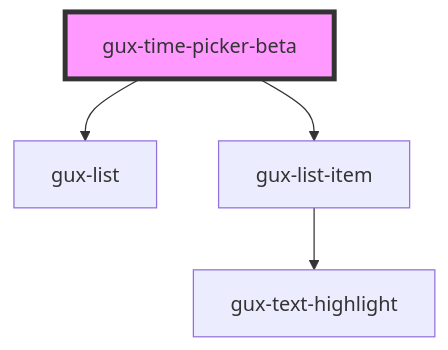
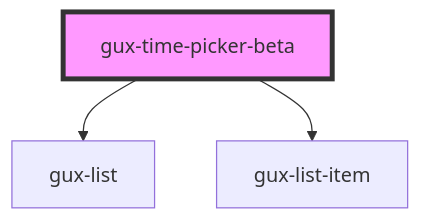
Before and after one commit to MyPureCloud/genesys-spark: the diagram in src/components/beta/gux-time-picker/readme.md, drawn with Mermaid. The commit also changed other lines of this file and 134 other files, not shown here.

````diff
--- a/src/components/beta/gux-time-picker/readme.md
+++ b/src/components/beta/gux-time-picker/readme.md
@@ -39,7 +32,6 @@
 ```mermaid
 graph TD;
   gux-time-picker-beta --> gux-list
   gux-time-picker-beta --> gux-list-item
-  gux-list-item --> gux-text-highlight
   style gux-time-picker-beta fill:#f9f,stroke:#333,stroke-width:4px
 ```
````
